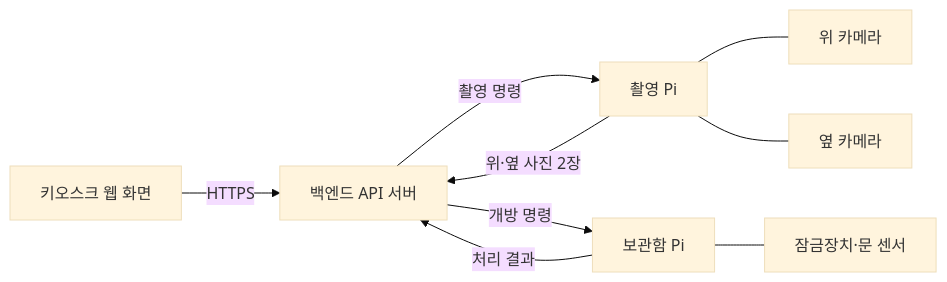
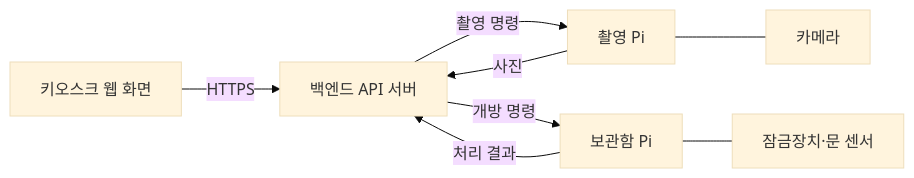
Before and after one commit to CloudAIoT/smart-lost-found: the diagram in raspberry-pi/README.md, drawn with Mermaid (base theme). The commit also changed other lines of this file, not shown here.

Commit message:
by 정형식 - 라즈베리파이 README를 카메라 1대 구성으로 수정

````diff
--- a/raspberry-pi/README.md
+++ b/raspberry-pi/README.md
@@ -20,11 +20,10 @@
 ```mermaid
 flowchart LR
     Screen[키오스크 웹 화면] -->|HTTPS| Backend[백엔드 API 서버]
     Backend -->|촬영 명령| CapturePi[촬영 Pi]
-    CapturePi -->|위·옆 사진 2장| Backend
+    CapturePi -->|사진| Backend
     Backend -->|개방 명령| LockerPi[보관함 Pi]
     LockerPi -->|처리 결과| Backend
-    CapturePi --- TopCam[위 카메라]
-    CapturePi --- SideCam[옆 카메라]
+    CapturePi --- Camera[카메라]
     LockerPi --- Locker[잠금장치·문 센서]
 ```
````
